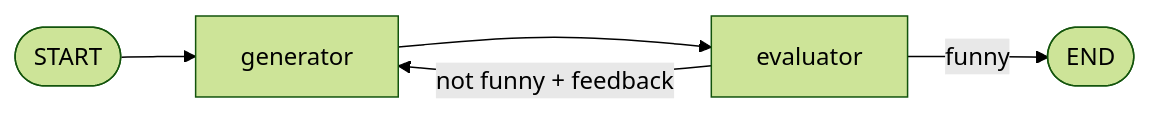
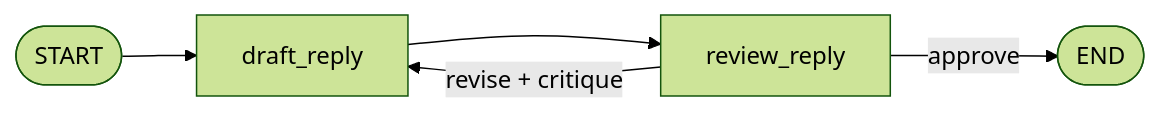
The second of 2 diagrams in 5-Workflows/README.md (Walid-Ahmed/langgraph-tutorials), drawn with Mermaid (forest theme) before and after one commit. The commit also changed other lines of this file and 11 other files, not shown here.

````diff
--- a/5-Workflows/README.md
+++ b/5-Workflows/README.md
@@ -218,7 +218,7 @@
 ```mermaid
 flowchart LR
-    S([START]) --> G["generator"]
-    G --> E["evaluator"]
-    E -->|"not funny + feedback"| G
-    E -->|"funny"| X([END])
+    S([START]) --> D["draft_reply"]
+    D --> R["review_reply"]
+    R -->|"revise + critique"| D
+    R -->|"approve"| X([END])
 ```
````
